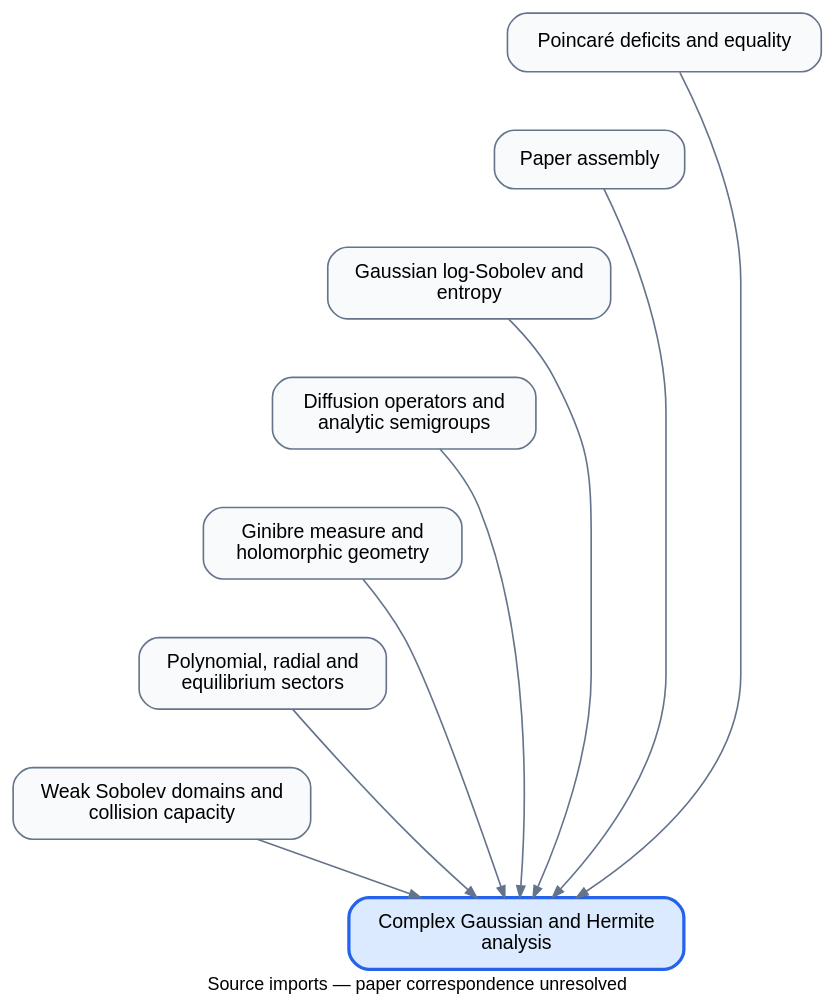
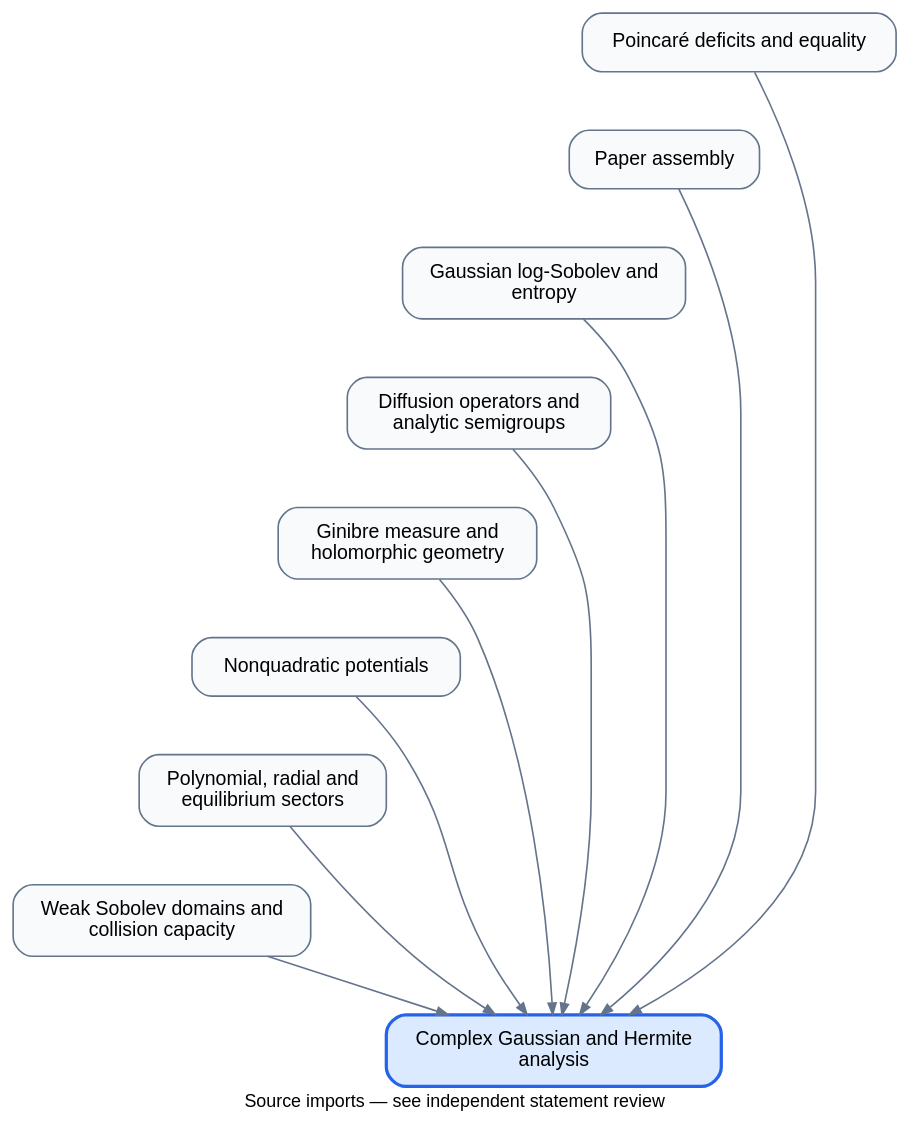
Before and after one commit to djalilchafai/ginibre-poincare: the diagram in diagrams/ComplexGaussianHermite.dot, drawn with Graphviz. The commit also changed 418 other files, not shown here.

Commit message:
Complete paper correspondence bridges and refresh documentation

```diff
--- a/diagrams/ComplexGaussianHermite.dot
+++ b/diagrams/ComplexGaussianHermite.dot
@@ -1,27 +1,30 @@
 digraph dependencies {
 rankdir=TB;
-graph [bgcolor="transparent", pad="0.3", nodesep="0.3", label="Source imports — paper correspondence unresolved", labelloc=b, fontname="sans-serif", fontsize=11];
+graph [bgcolor="transparent", pad="0.3", nodesep="0.3", label="Source imports — see independent statement review", labelloc=b, fontname="sans-serif", fontsize=11];
 node [shape=box, style="rounded,filled", fillcolor="#f8fafc", color="#64748b", fontname="sans-serif", fontsize=12, margin="0.18,0.12"];
 edge [color="#64748b", arrowsize=0.7];
 DeficitsEquality [label="Poincaré deficits and equality"];
 Endgame [label="Paper assembly"];
 GaussianLSI [label="Gaussian log-Sobolev and\nentropy"];
 GeneratorSemigroup [label="Diffusion operators and\nanalytic semigroups"];
 GinibreMeasureGeometry [label="Ginibre measure and\nholomorphic geometry"];
+NonQuadratic [label="Nonquadratic potentials"];
 PolynomialRadial [label="Polynomial, radial and\nequilibrium sectors"];
 WeakSobolev [label="Weak Sobolev domains and\ncollision capacity"];
 ComplexGaussianHermite [label="Complex Gaussian and Hermite\nanalysis", fillcolor="#dbeafe", color="#2563eb", penwidth=2];
 DeficitsEquality -> ComplexGaussianHermite;
 Endgame -> ComplexGaussianHermite;
 GaussianLSI -> ComplexGaussianHermite;
 GeneratorSemigroup -> ComplexGaussianHermite;
 GinibreMeasureGeometry -> ComplexGaussianHermite;
+NonQuadratic -> ComplexGaussianHermite;
 PolynomialRadial -> ComplexGaussianHermite;
 WeakSobolev -> ComplexGaussianHermite;
 DeficitsEquality -> Endgame [style=invis];
 Endgame -> GaussianLSI [style=invis];
 GaussianLSI -> GeneratorSemigroup [style=invis];
 GeneratorSemigroup -> GinibreMeasureGeometry [style=invis];
-GinibreMeasureGeometry -> PolynomialRadial [style=invis];
+GinibreMeasureGeometry -> NonQuadratic [style=invis];
+NonQuadratic -> PolynomialRadial [style=invis];
 PolynomialRadial -> WeakSobolev [style=invis];
 }
```
